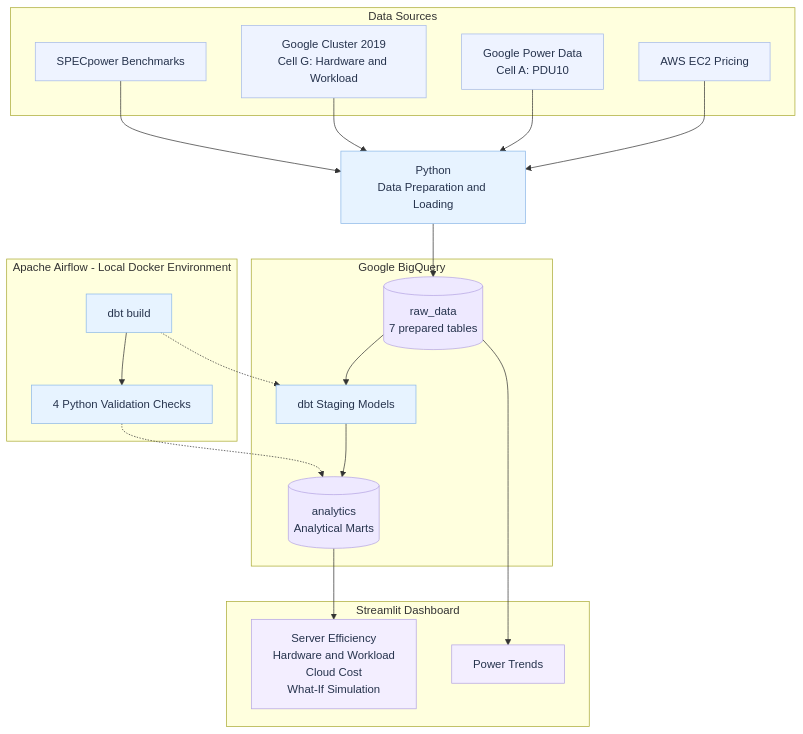
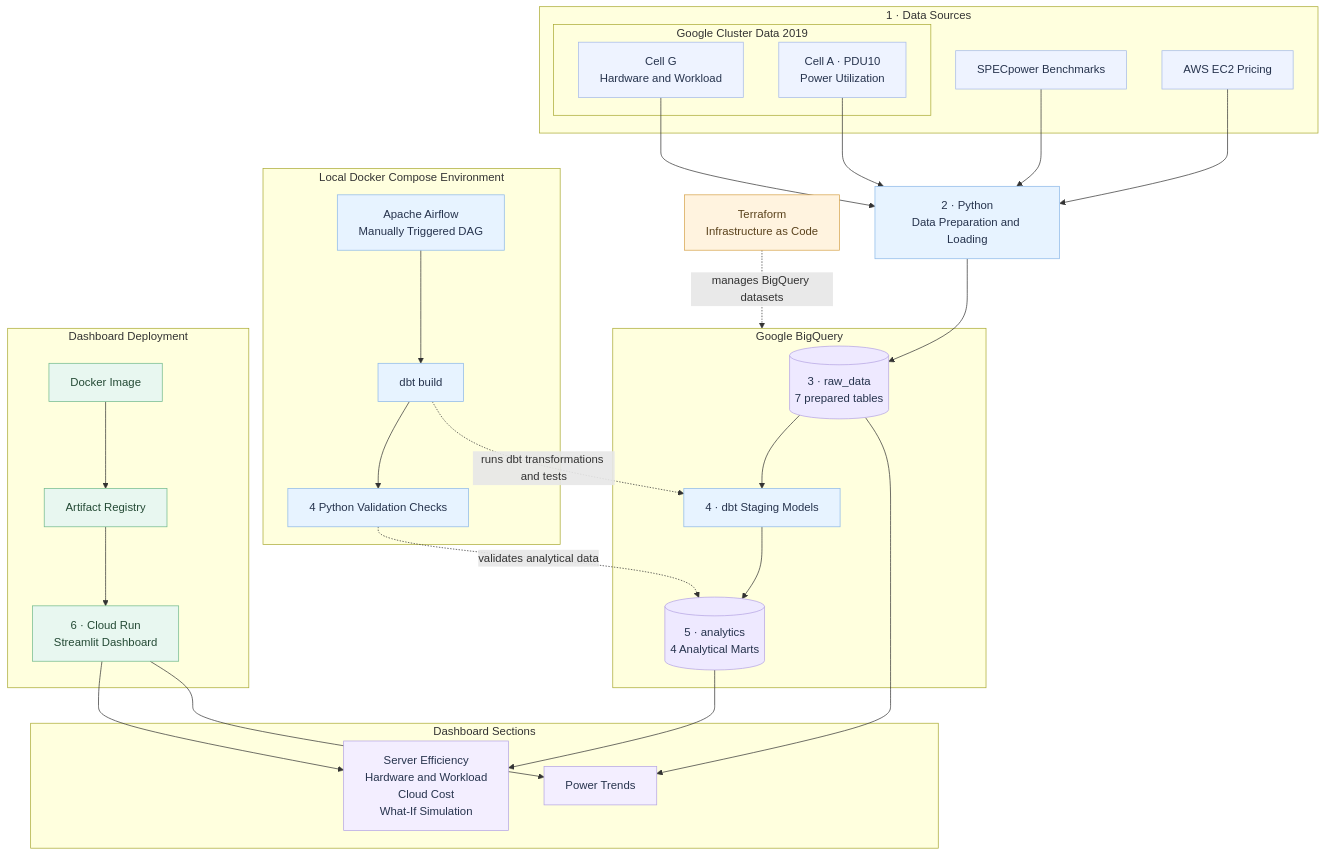
The diagram in docs/architecture_diagram.md (Nouf8889/data-center-hardware-energy-efficiency), drawn with Mermaid before and after one commit. The commit also changed other lines of this file and 3 other files, not shown here.

Commit message:
Embed architecture diagram in README

````diff
--- a/docs/architecture_diagram.md
+++ b/docs/architecture_diagram.md
@@ -5,56 +5,72 @@
 ```mermaid
 flowchart TB
-    subgraph Sources[Data Sources]
-        SPEC[SPECpower Benchmarks]
-        CLUSTER[Google Cluster 2019<br/>Cell G: Hardware and Workload]
-        POWER[Google Power Data<br/>Cell A: PDU10]
-        AWS[AWS EC2 Pricing]
+    subgraph SOURCES["1 · Data Sources"]
+        SPEC["SPECpower Benchmarks"]
+
+        subgraph GOOGLE["Google Cluster Data 2019"]
+            CLUSTER["Cell G<br/>Hardware and Workload"]
+            POWER["Cell A · PDU10<br/>Power Utilization"]
+        end
+
+        AWS["AWS EC2 Pricing"]
     end
 
-    PY[Python<br/>Data Preparation and Loading]
+    PY["2 · Python<br/>Data Preparation and Loading"]
 
-    subgraph BQ[Google BigQuery]
-        RAW[(raw_data<br/>7 prepared tables)]
-        STAGING[dbt Staging Models]
-        MARTS[(analytics<br/>Analytical Marts)]
+    subgraph BQ["Google BigQuery"]
+        RAW[("3 · raw_data<br/>7 prepared tables")]
+        STAGING["4 · dbt Staging Models"]
+        MARTS[("5 · analytics<br/>4 Analytical Marts")]
+        RAW --> STAGING --> MARTS
     end
 
-    subgraph ORCH[Apache Airflow - Local Docker Environment]
-        BUILD[dbt build]
-        CHECKS[4 Python Validation Checks]
-        BUILD --> CHECKS
+    subgraph LOCAL["Local Docker Compose Environment"]
+        AIRFLOW["Apache Airflow<br/>Manually Triggered DAG"]
+        BUILD["dbt build"]
+        CHECKS["4 Python Validation Checks"]
+        AIRFLOW --> BUILD --> CHECKS
     end
 
-    subgraph DASH[Streamlit Dashboard]
-        ANALYTICS[Server Efficiency<br/>Hardware and Workload<br/>Cloud Cost<br/>What-If Simulation]
-        TRENDS[Power Trends]
+    subgraph DEPLOY["Dashboard Deployment"]
+        IMAGE["Docker Image"]
+        REGISTRY["Artifact Registry"]
+        CLOUDRUN["6 · Cloud Run<br/>Streamlit Dashboard"]
+        IMAGE --> REGISTRY --> CLOUDRUN
     end
+
+    subgraph PAGES["Dashboard Sections"]
+        ANALYTICS["Server Efficiency<br/>Hardware and Workload<br/>Cloud Cost<br/>What-If Simulation"]
+        TRENDS["Power Trends"]
+    end
+
+    TF["Terraform<br/>Infrastructure as Code"]
 
     SPEC --> PY
     CLUSTER --> PY
     POWER --> PY
     AWS --> PY
+    PY --> RAW
 
-    PY --> RAW
-    RAW --> STAGING
-    STAGING --> MARTS
-
-    BUILD -.-> STAGING
-    CHECKS -.-> MARTS
+    BUILD -. "runs dbt transformations and tests" .-> STAGING
+    CHECKS -. "validates analytical data" .-> MARTS
 
     MARTS --> ANALYTICS
     RAW --> TRENDS
+    CLOUDRUN --> ANALYTICS
+    CLOUDRUN --> TRENDS
+    TF -. "manages BigQuery datasets" .-> BQ
 
     classDef source fill:#EEF3FF,stroke:#A5B9E8,color:#26334D
     classDef process fill:#E7F3FF,stroke:#8CB8E8,color:#26334D
     classDef storage fill:#EEE9FF,stroke:#B4A4E3,color:#26334D
     classDef dashboard fill:#F3EEFF,stroke:#B4A4E3,color:#26334D
+    classDef cloud fill:#E8F7F0,stroke:#70B98B,color:#244A35
+    classDef infra fill:#FFF3DF,stroke:#D6A34B,color:#5A421C
 
     class SPEC,CLUSTER,POWER,AWS source
-    class PY,BUILD,CHECKS,STAGING process
+    class PY,STAGING,AIRFLOW,BUILD,CHECKS process
     class RAW,MARTS storage
     class ANALYTICS,TRENDS dashboard
-
-
-
+    class IMAGE,REGISTRY,CLOUDRUN cloud
+    class TF infra
 ```
````
